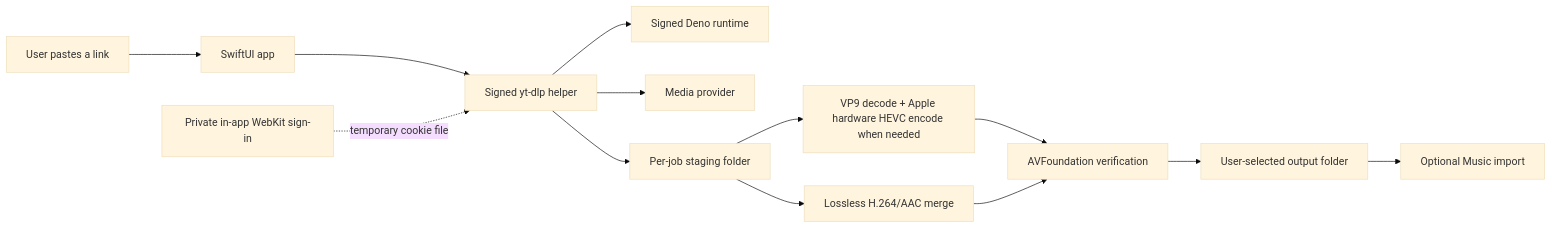
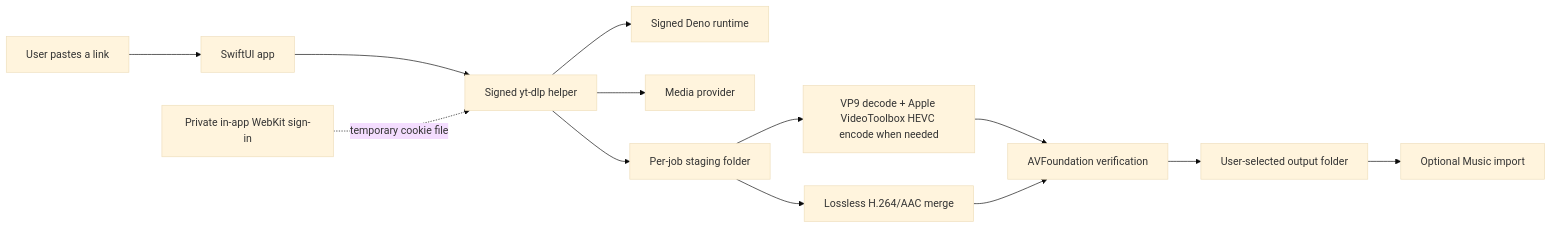
One commit to chai-in/Eucrante changed the diagram in Docs/ARCHITECTURE.md. Above: the diagram before and after it, drawn with Mermaid (base theme). The commit also changed other lines of this file and 42 other files, not shown here.

````diff
--- a/Docs/ARCHITECTURE.md
+++ b/Docs/ARCHITECTURE.md
@@ -7,15 +7,15 @@
 ```mermaid
 flowchart LR
   U["User pastes a link"] --> A["SwiftUI app"]
   A --> Y["Signed yt-dlp helper"]
   Y --> D["Signed Deno runtime"]
   Y --> P["Media provider"]
   B["Private in-app WebKit sign-in"] -. "temporary cookie file" .-> Y
   Y --> S["Per-job staging folder"]
-  S --> C["VP9 decode + Apple hardware HEVC encode when needed"]
+  S --> C["VP9 decode + Apple VideoToolbox HEVC encode when needed"]
   S --> V["Lossless H.264/AAC merge"]
   C --> Q["AVFoundation verification"]
   V --> Q
   Q --> O["User-selected output folder"]
   O --> M["Optional Music import"]
 ```
````
